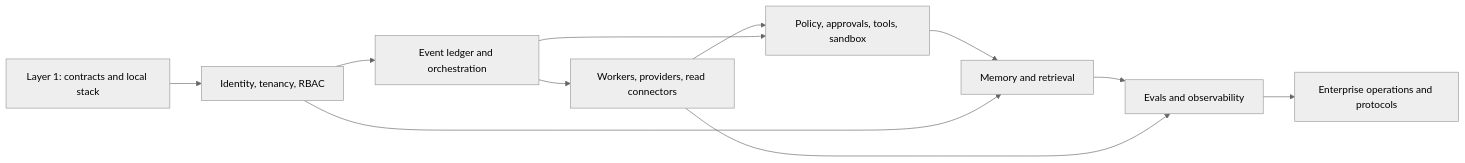
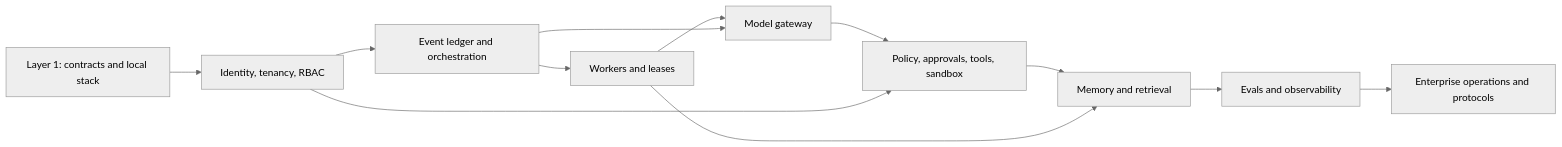
The diagram in docs/enterprise-implementation-plan.md (mrinmoyece/aegis-agent-platform), drawn with Mermaid (neutral theme) before and after one commit. The commit also changed other lines of this file and 54 other files, not shown here.

Commit message:
Build provider-neutral model gateway

````diff
--- a/docs/enterprise-implementation-plan.md
+++ b/docs/enterprise-implementation-plan.md
@@ -37,15 +37,16 @@
 ```mermaid
 flowchart LR
   L1[Layer 1: contracts and local stack]
   L2[Identity, tenancy, RBAC]
   L3[Event ledger and orchestration]
-  L4[Workers, providers, read connectors]
-  L5[Policy, approvals, tools, sandbox]
-  L6[Memory and retrieval]
-  L7[Evals and observability]
-  L8[Enterprise operations and protocols]
-  L1 --> L2 --> L3 --> L4 --> L5 --> L6 --> L7 --> L8
+  L4[Workers and leases]
+  L5[Model gateway]
+  L6[Policy, approvals, tools, sandbox]
+  L7[Memory and retrieval]
+  L8[Evals and observability]
+  L9[Enterprise operations and protocols]
+  L1 --> L2 --> L3 --> L4 --> L5 --> L6 --> L7 --> L8 --> L9
   L3 --> L5
   L4 --> L7
   L2 --> L6
 ```
````
